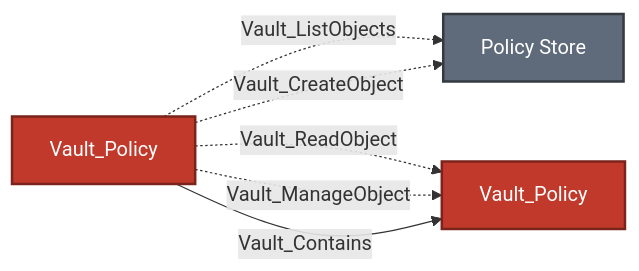
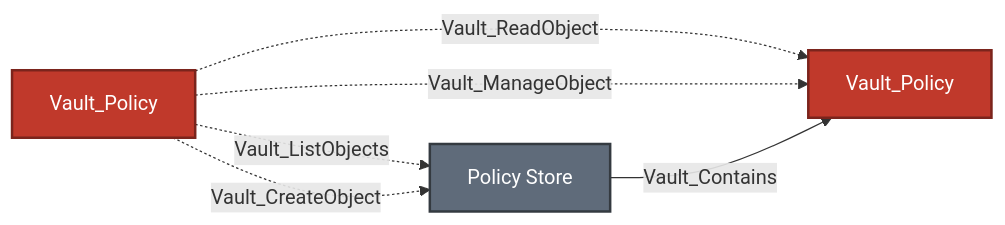
The third of 4 diagrams in Documentation/stores/POLICIES.md (bytewreck/opengraph-vault), drawn with Mermaid before and after one commit.

````diff
--- a/Documentation/stores/POLICIES.md
+++ b/Documentation/stores/POLICIES.md
@@ -111,11 +111,11 @@
 ```mermaid
 flowchart LR
     authority[Vault_Policy]:::policyNode -.->|Vault_ListObjects| store[Policy Store]:::storeNode
     authority -.->|Vault_CreateObject| store
     authority -.->|Vault_ReadObject| policy[Vault_Policy]:::policyNode
     authority -.->|Vault_ManageObject| policy
-    authority -->|Vault_Contains| policy
+    store -->|Vault_Contains| policy
 
     classDef policyNode fill:#C0392B,color:#fff,stroke:#7B241C,stroke-width:2px
     classDef storeNode fill:#5F6B7A,color:#fff,stroke:#343A40,stroke-width:2px
 ```
````
